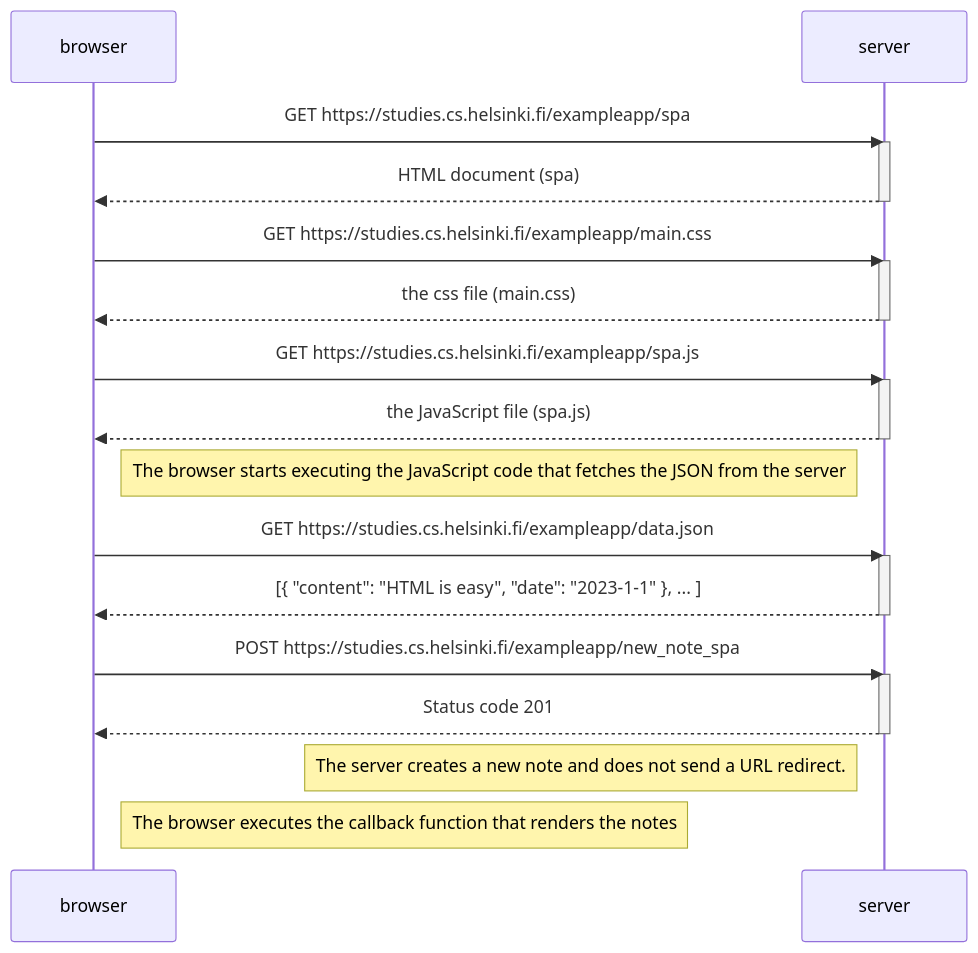
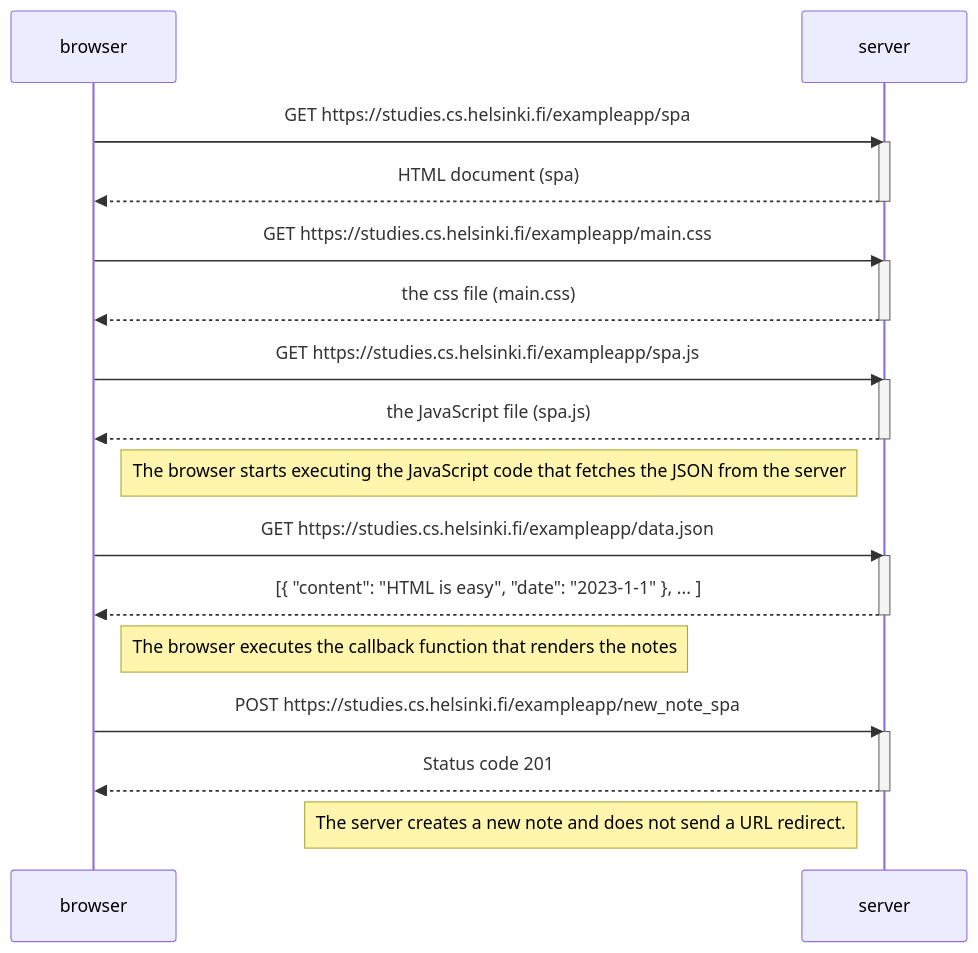
One commit to Ericx014/full-stack-open changed the diagram in part0/0.6.md. Above: the diagram before and after it, drawn with Mermaid. The commit also changed other lines of this file, not shown here.

````diff
--- a/part0/0.6.md
+++ b/part0/0.6.md
@@ -1,36 +1,36 @@
 ```mermaid
 sequenceDiagram
     participant browser
     participant server
 
     browser->>server: GET https://studies.cs.helsinki.fi/exampleapp/spa
     activate server
     server-->>browser: HTML document (spa)
     deactivate server
 
     browser->>server: GET https://studies.cs.helsinki.fi/exampleapp/main.css
     activate server
     server-->>browser: the css file (main.css)
     deactivate server
 
     browser->>server: GET https://studies.cs.helsinki.fi/exampleapp/spa.js
     activate server
     server-->>browser: the JavaScript file (spa.js)
     deactivate server
 
     Note right of browser: The browser starts executing the JavaScript code that fetches the JSON from the server
 
     browser->>server: GET https://studies.cs.helsinki.fi/exampleapp/data.json
     activate server
     server-->>browser: [{ "content": "HTML is easy", "date": "2023-1-1" }, ... ]
     deactivate server
 
+    Note right of browser: The browser executes the callback function that renders the notes
+
     browser->>server: POST https://studies.cs.helsinki.fi/exampleapp/new_note_spa
     activate server
     server-->>browser: Status code 201
     deactivate server
 
     Note left of server: The server creates a new note and does not send a URL redirect.
-
-    Note right of browser: The browser executes the callback function that renders the notes
 ```
````
